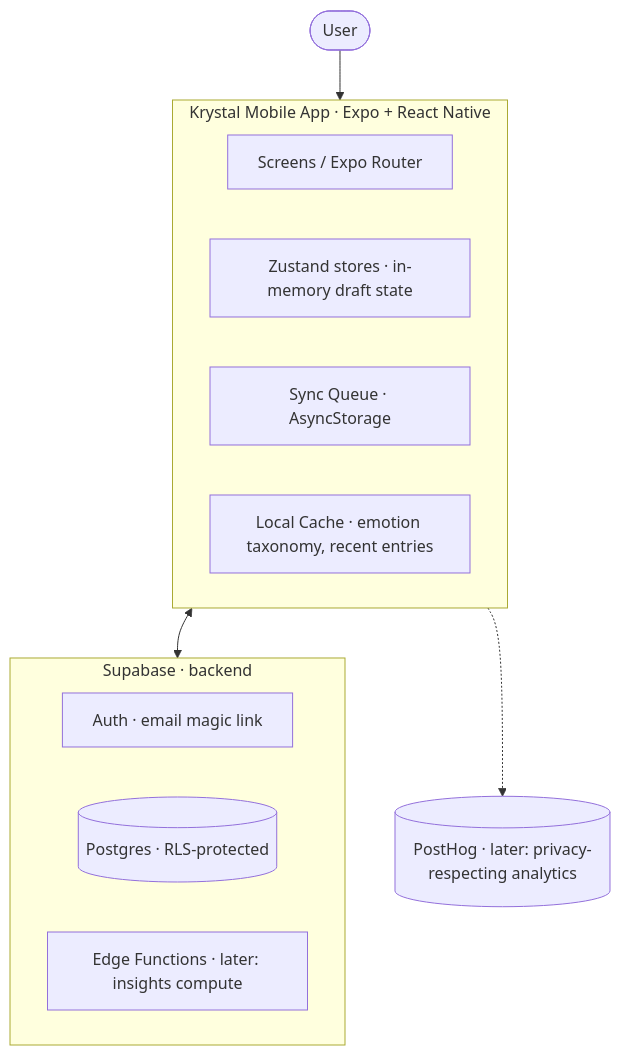
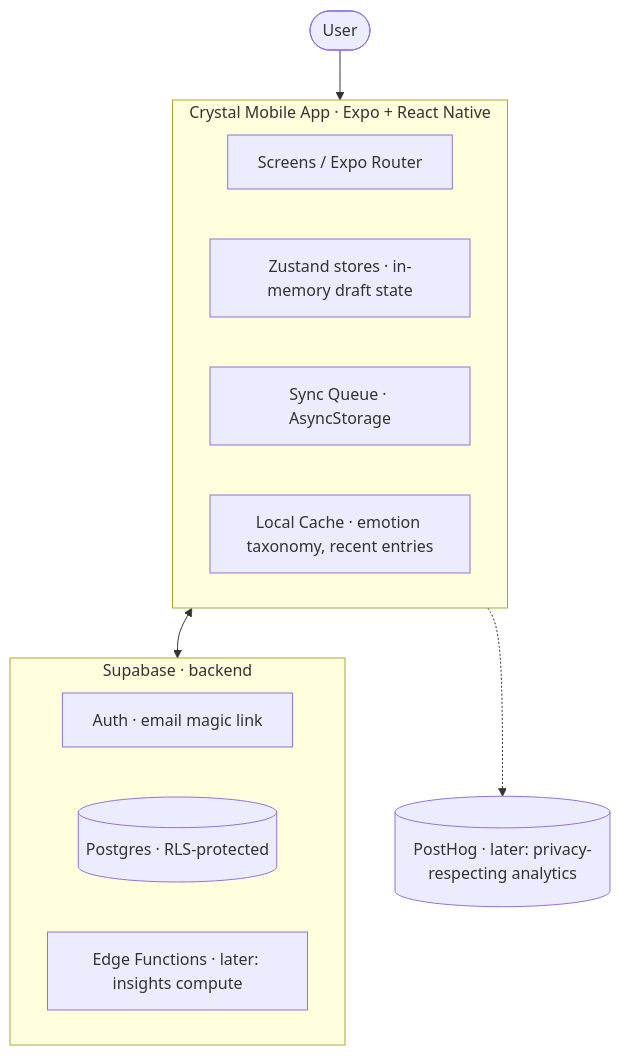
The first of 3 diagrams in docs/ARCHITECTURE.md (ggshoo/krystal), drawn with Mermaid before and after one commit. The commit also changed other lines of this file and 28 other files, not shown here.

First line of the commit message:
docs: rename Krystal to Crystal and point to crystal.gigihsu.com

````diff
--- a/docs/ARCHITECTURE.md
+++ b/docs/ARCHITECTURE.md
@@ -9,17 +9,17 @@
 ```mermaid
 flowchart TB
   User([User]) --> App
-  subgraph App[Krystal Mobile App · Expo + React Native]
+  subgraph App[Crystal Mobile App · Expo + React Native]
     Screens[Screens / Expo Router]
     Store[Zustand stores · in-memory draft state]
     SyncQ[Sync Queue · AsyncStorage]
     LocalCache[Local Cache · emotion taxonomy, recent entries]
   end
   App <--> Supabase
   subgraph Supabase[Supabase · backend]
     Auth[Auth · email magic link]
     DB[(Postgres · RLS-protected)]
     Edge[Edge Functions · later: insights compute]
   end
   App -.-> PostHog[(PostHog · later: privacy-respecting analytics)]
 ```
````
